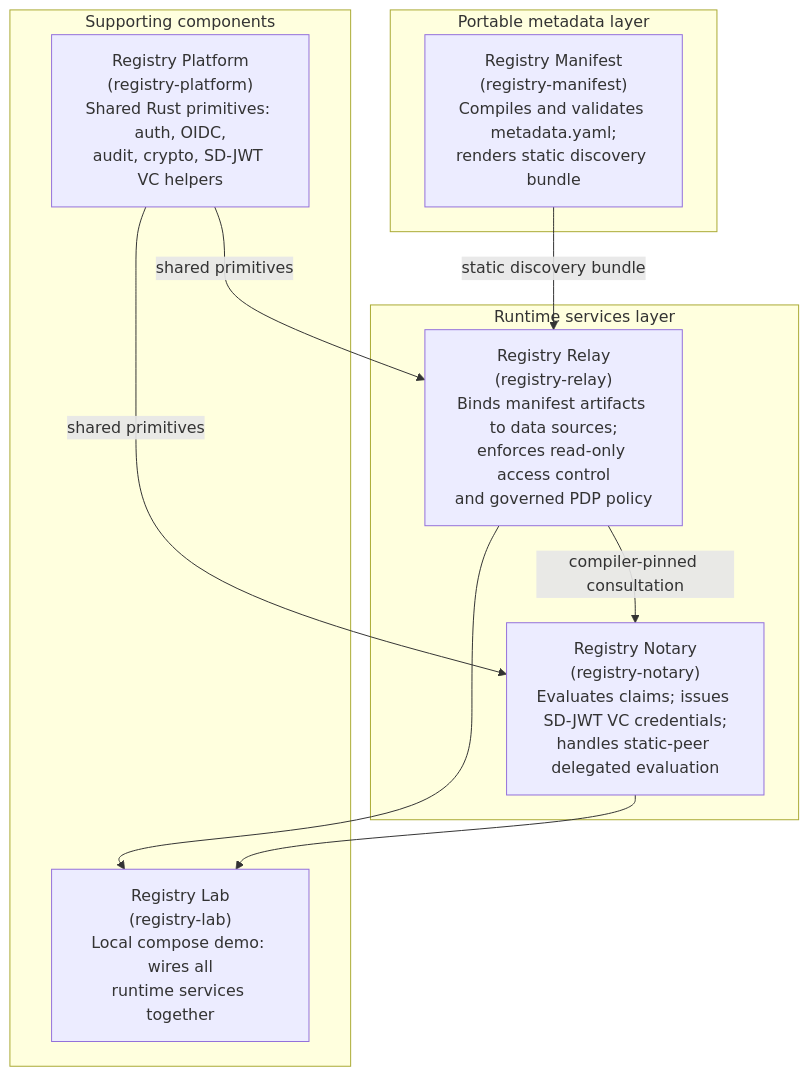
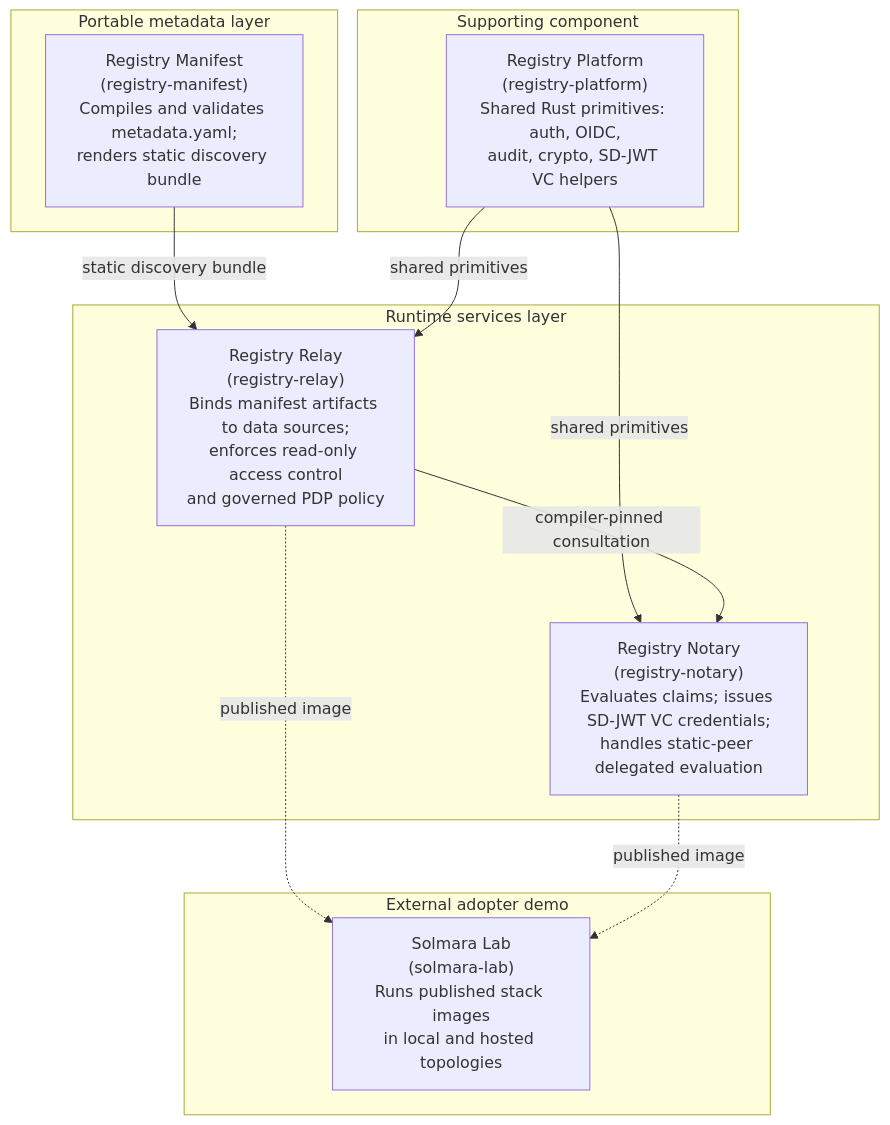
Before and after one commit to registrystack/registry-stack: the diagram in docs/site/src/content/docs/spec/rs-arc-g.mdx, drawn with Mermaid. The commit also changed other lines of this file and 366 other files, not shown here.

````diff
--- a/docs/site/src/content/docs/spec/rs-arc-g.mdx
+++ b/docs/site/src/content/docs/spec/rs-arc-g.mdx
@@ -85,22 +88,26 @@
 ```mermaid
 flowchart TD
     subgraph portable["Portable metadata layer"]
         manifest["Registry Manifest<br/>(registry-manifest)<br/>Compiles and validates metadata.yaml;<br/>renders static discovery bundle"]
     end
 
     subgraph runtime["Runtime services layer"]
         relay["Registry Relay<br/>(registry-relay)<br/>Binds manifest artifacts to data sources;<br/>enforces read-only access control<br/>and governed PDP policy"]
         notary["Registry Notary<br/>(registry-notary)<br/>Evaluates claims; issues SD-JWT VC credentials;<br/>handles static-peer delegated evaluation"]
     end
 
-    subgraph support["Supporting components"]
+    subgraph support["Supporting component"]
         platform["Registry Platform<br/>(registry-platform)<br/>Shared Rust primitives: auth, OIDC,<br/>audit, crypto, SD-JWT VC helpers"]
-        lab["Registry Lab<br/>(registry-lab)<br/>Local compose demo: wires all<br/>runtime services together"]
+    end
+
+    subgraph adopter["External adopter demo"]
+        solmara["Solmara Lab<br/>(solmara-lab)<br/>Runs published stack images<br/>in local and hosted topologies"]
     end
 
     manifest -- "static discovery bundle" --> relay
     platform -- "shared primitives" --> relay
     platform -- "shared primitives" --> notary
     relay -- "compiler-pinned consultation" --> notary
-    relay & notary --> lab
+    relay -. "published image" .-> solmara
+    notary -. "published image" .-> solmara
 ```
````
